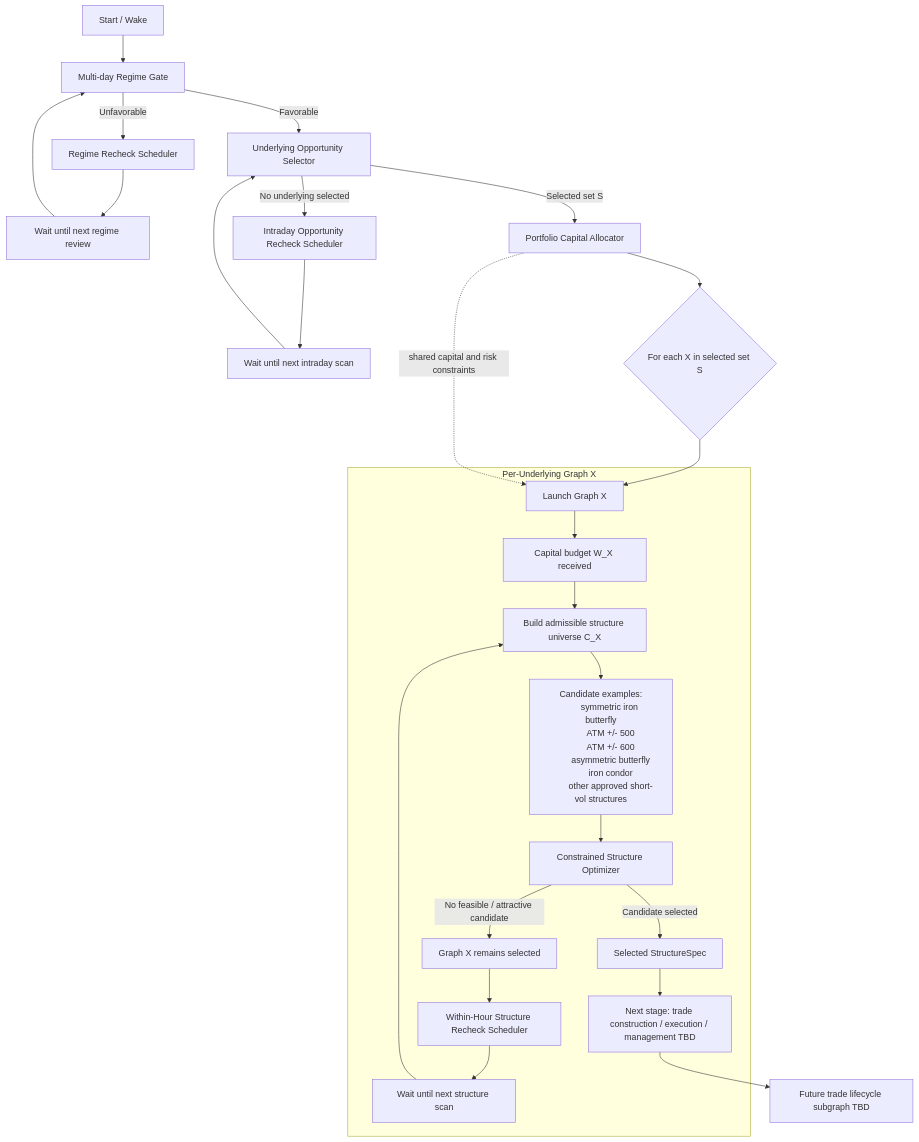
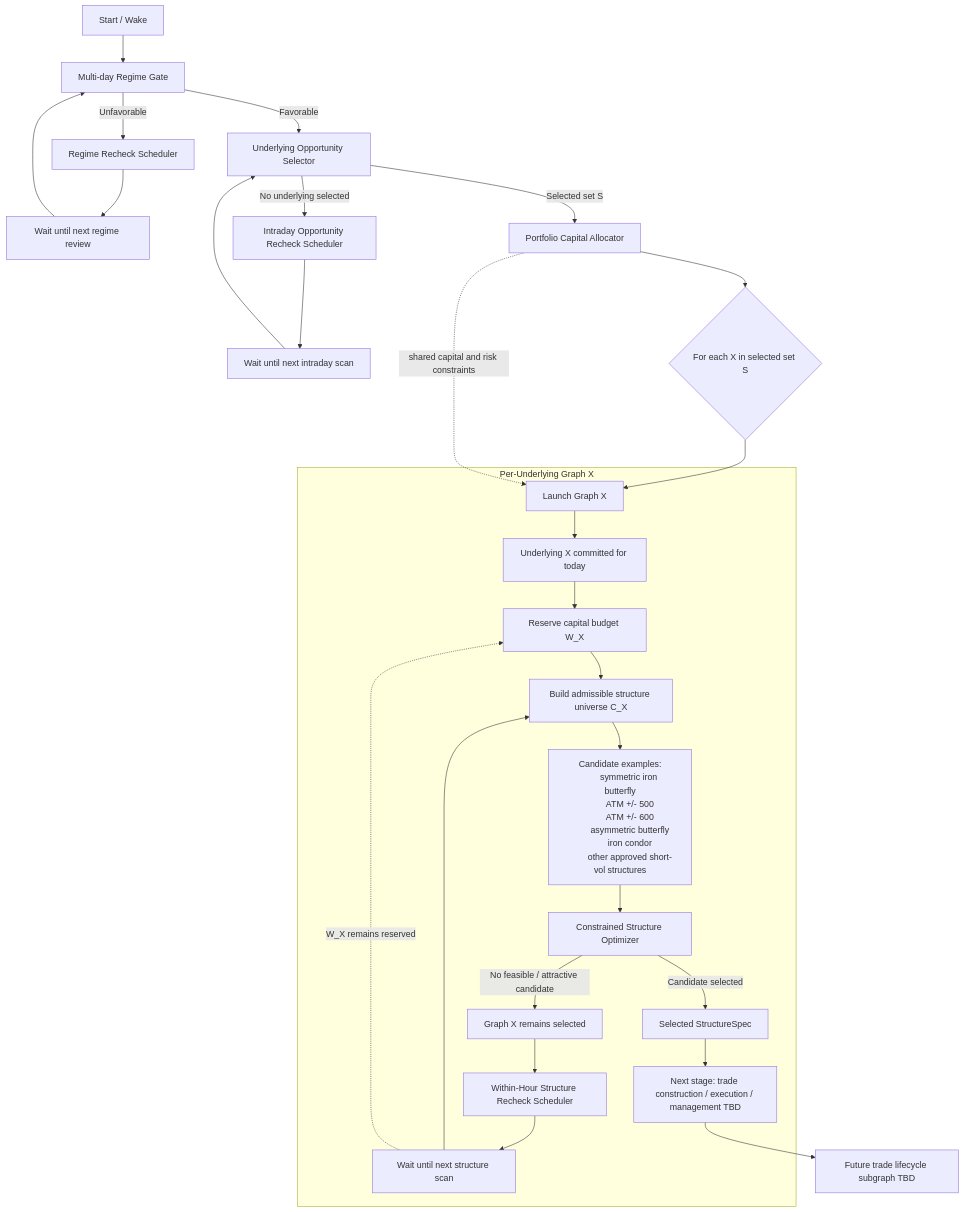
One commit to ayyararyan/volarb changed the diagram in docs/autonomous-butterfly-workflow.md. Above: the diagram before and after it, drawn with Mermaid. The commit also changed other lines of this file, not shown here.

Commit message:
Add sticky daily underlying commitment to workflow graph

````diff
--- a/docs/autonomous-butterfly-workflow.md
+++ b/docs/autonomous-butterfly-workflow.md
@@ -9,48 +9,50 @@
 ```mermaid
 flowchart TD
 
     A[Start / Wake] --> B[Multi-day Regime Gate]
 
     B -->|Unfavorable| C[Regime Recheck Scheduler]
     C --> D[Wait until next regime review]
     D --> B
 
     B -->|Favorable| E[Underlying Opportunity Selector]
 
     E -->|No underlying selected| F[Intraday Opportunity Recheck Scheduler]
     F --> G[Wait until next intraday scan]
     G --> E
 
     E -->|Selected set S| H[Portfolio Capital Allocator]
 
     H --> I{For each X in selected set S}
 
     I --> JX[Launch Graph X]
 
     subgraph GX["Per-Underlying Graph X"]
-        JX --> KX[Capital budget W_X received]
-        KX --> LX[Build admissible structure universe C_X]
+        JX --> KX[Underlying X committed for today]
+        KX --> KXR[Reserve capital budget W_X]
+        KXR --> LX[Build admissible structure universe C_X]
 
         LX --> MX["Candidate examples:
         symmetric iron butterfly
         ATM +/- 500
         ATM +/- 600
         asymmetric butterfly
         iron condor
         other approved short-vol structures"]
 
         MX --> NX[Constrained Structure Optimizer]
 
         NX -->|No feasible / attractive candidate| OX[Graph X remains selected]
         OX --> PX[Within-Hour Structure Recheck Scheduler]
         PX --> WX[Wait until next structure scan]
         WX --> LX
+        WX -. W_X remains reserved .-> KXR
 
         NX -->|Candidate selected| QX[Selected StructureSpec]
         QX --> RX[Next stage: trade construction / execution / management TBD]
     end
 
     RX --> SX[Future trade lifecycle subgraph TBD]
 
     H -. shared capital and risk constraints .-> JX
 ```
````
